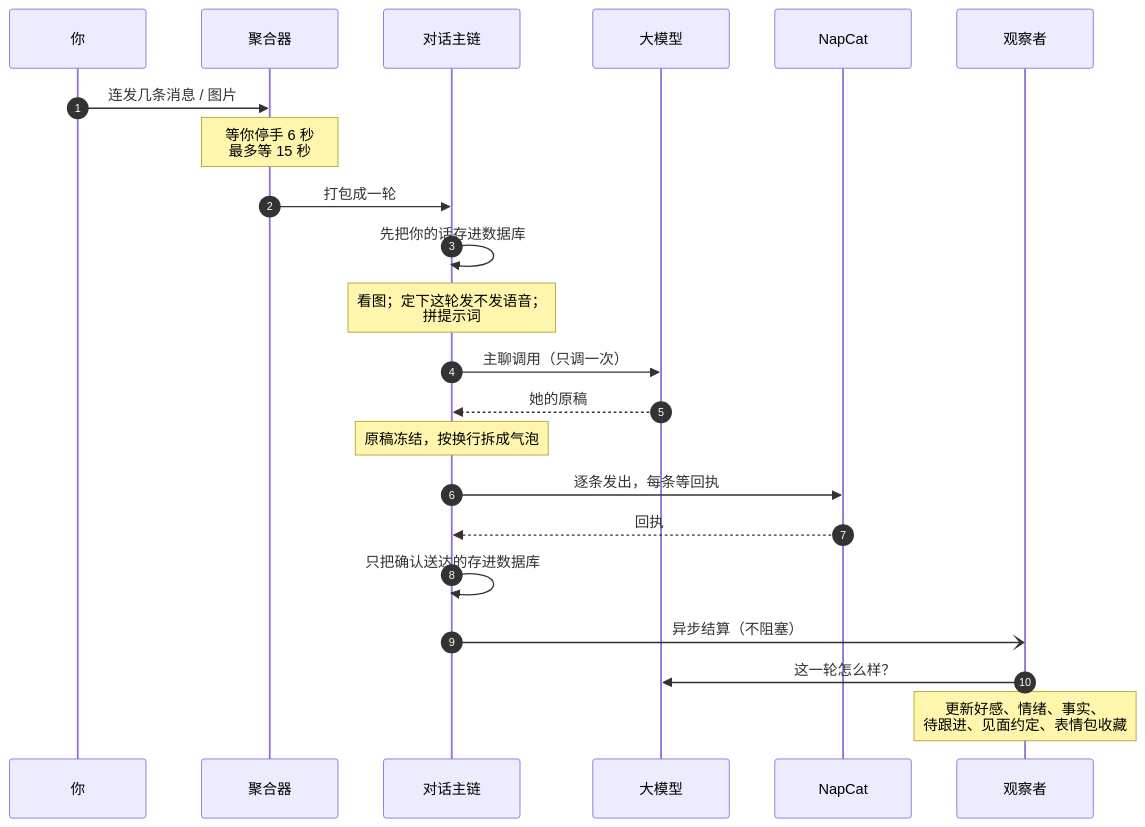
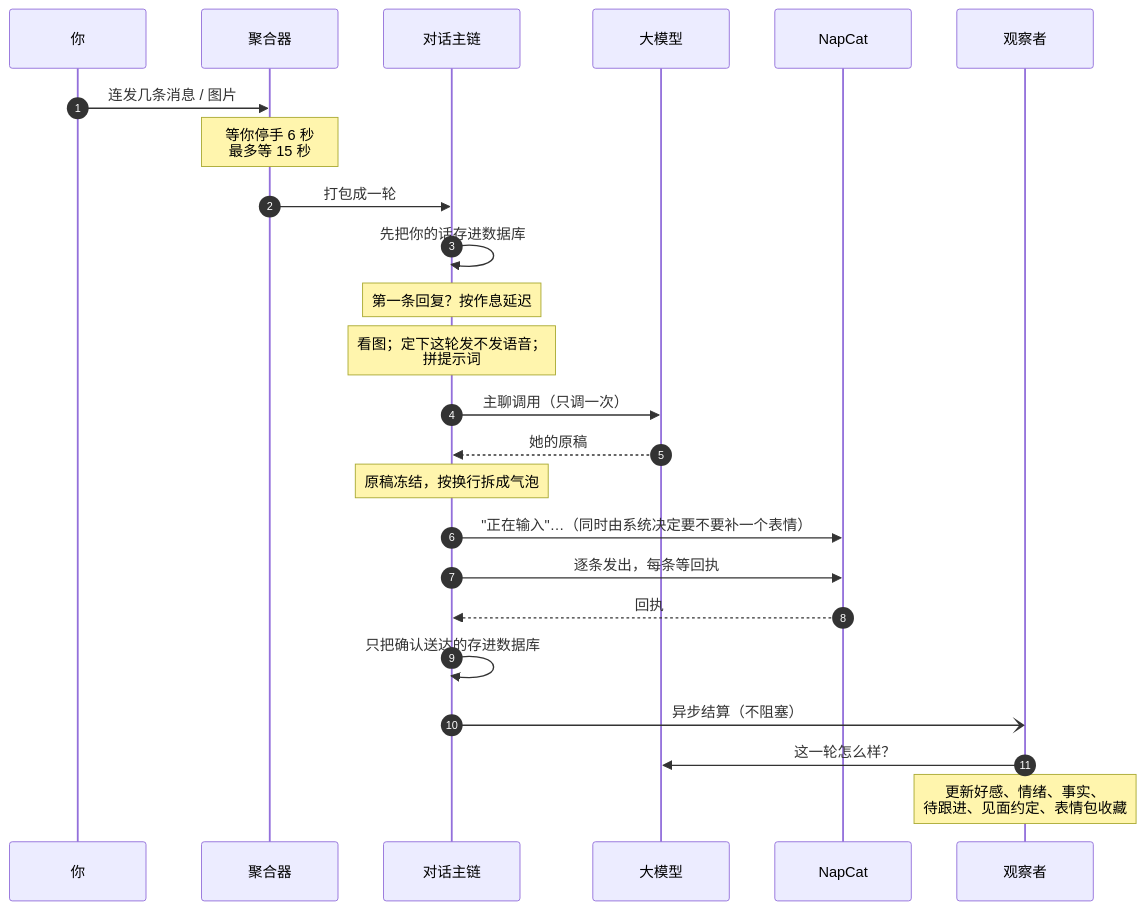
One commit to xinghefumeng0717/qq-companion-bot changed the second of 10 diagrams in docs/ARCHITECTURE.md. Above: the diagram before and after it, drawn with Mermaid. The commit also changed other lines of this file and 16 other files, not shown here.

````diff
--- a/docs/ARCHITECTURE.md
+++ b/docs/ARCHITECTURE.md
@@ -66,25 +66,27 @@
 ```mermaid
 sequenceDiagram
     autonumber
     participant 你
     participant 聚合器
     participant 主链 as 对话主链
     participant 模型 as 大模型
     participant QQ as NapCat
     participant 观察者
 
     你->>聚合器: 连发几条消息 / 图片
     Note over 聚合器: 等你停手 6 秒<br/>最多等 15 秒
     聚合器->>主链: 打包成一轮
     主链->>主链: 先把你的话存进数据库
+    Note over 主链: 第一条回复？按作息延迟
     Note over 主链: 看图；定下这轮发不发语音；<br/>拼提示词
     主链->>模型: 主聊调用（只调一次）
     模型-->>主链: 她的原稿
     Note over 主链: 原稿冻结，按换行拆成气泡
+    主链->>QQ: "正在输入"…（同时由系统决定要不要补一个表情）
     主链->>QQ: 逐条发出，每条等回执
     QQ-->>主链: 回执
     主链->>主链: 只把确认送达的存进数据库
     主链-)观察者: 异步结算（不阻塞）
     观察者->>模型: 这一轮怎么样？
     Note over 观察者: 更新好感、情绪、事实、<br/>待跟进、见面约定、表情包收藏
 ```
````
